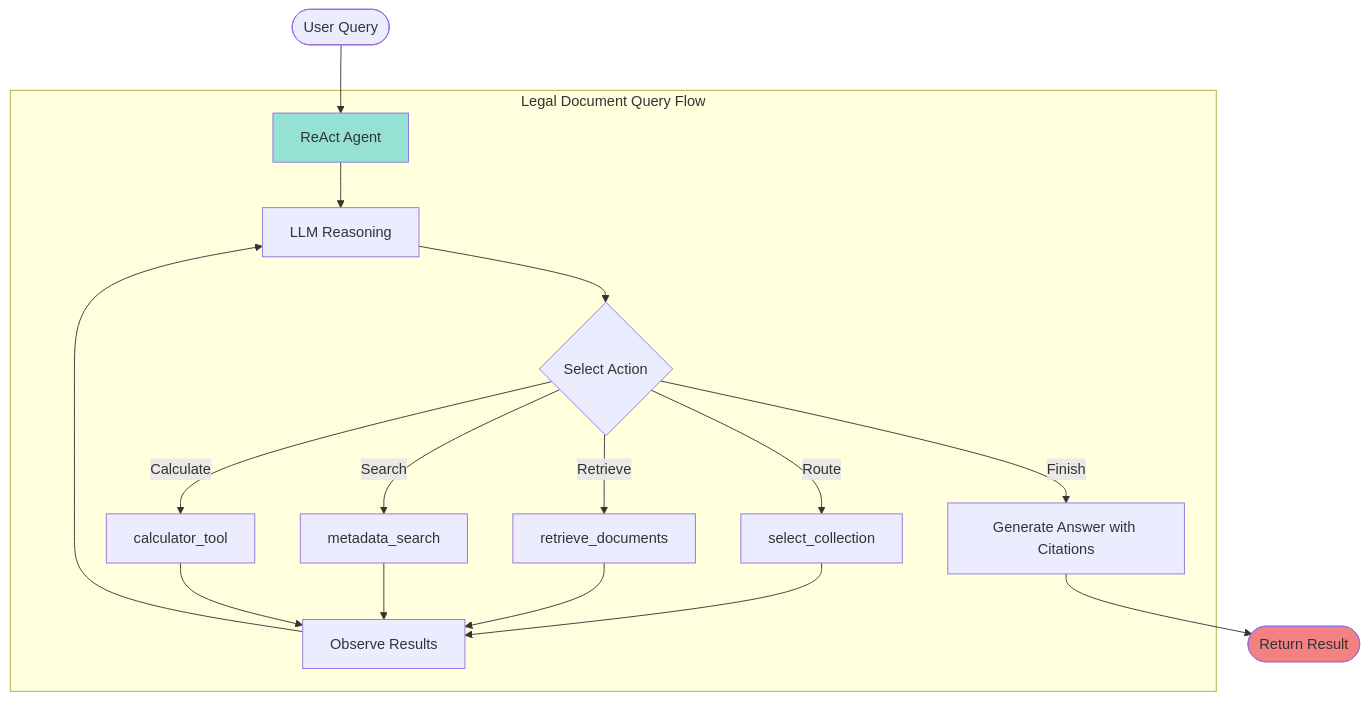
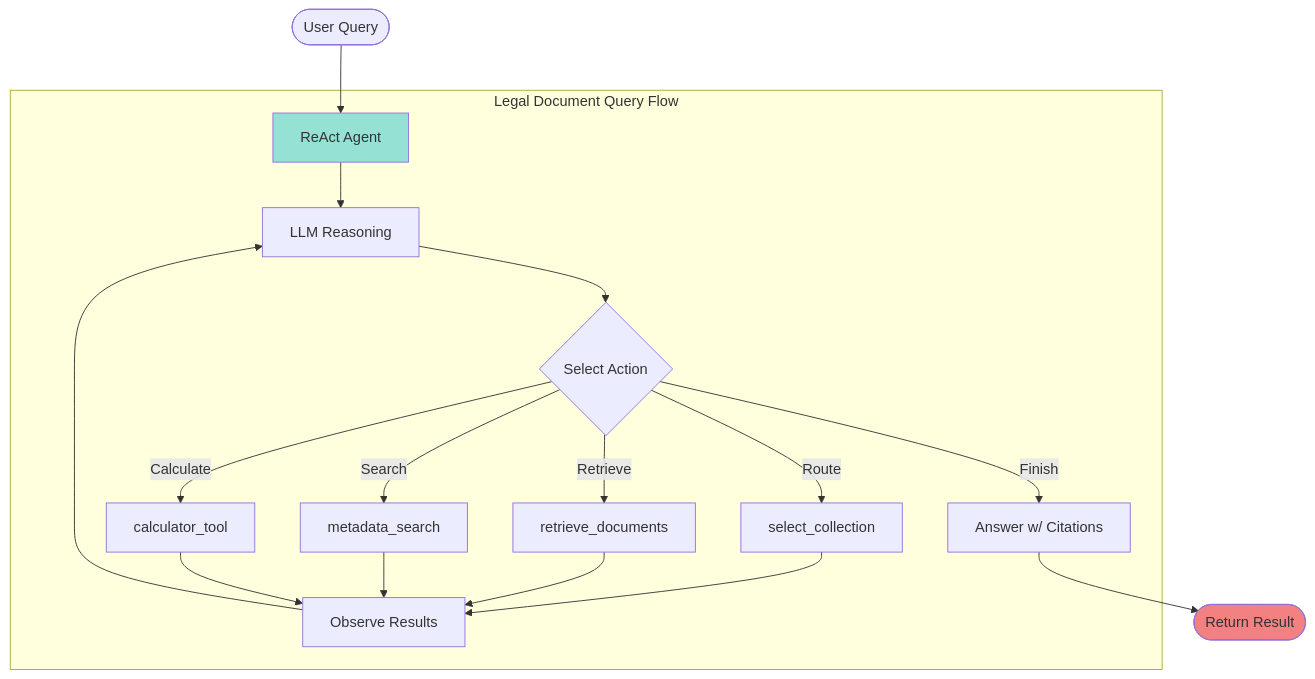
One commit to zzw09773/RAG changed the diagram in README.md. Above: the diagram before and after it, drawn with Mermaid. The commit also changed other lines of this file and 7 other files, not shown here.

````diff
--- a/README.md
+++ b/README.md
@@ -139,26 +87,21 @@
 ```mermaid
 graph TB
     Start([User Query]) --> Agent[ReAct Agent]
-
     subgraph "Legal Document Query Flow"
         Agent --> Think[LLM Reasoning]
         Think --> Action{Select Action}
         Action -->|Route| RouterTool[select_collection]
         Action -->|Retrieve| RetrieveTool[retrieve_documents]
         Action -->|Search| MetadataTool[metadata_search]
         Action -->|Calculate| CalcTool[calculator_tool]
-
         RouterTool --> Observe[Observe Results]
         RetrieveTool --> Observe
         MetadataTool --> Observe
         CalcTool --> Observe
-
         Observe --> Think
-        Action -->|Finish| Generate[Generate Answer with Citations]
+        Action -->|Finish| Generate[Answer w/ Citations]
     end
-
     Generate --> End([Return Result])
-
     style Agent fill:#95e1d3
     style End fill:#f38181
 ```
````
